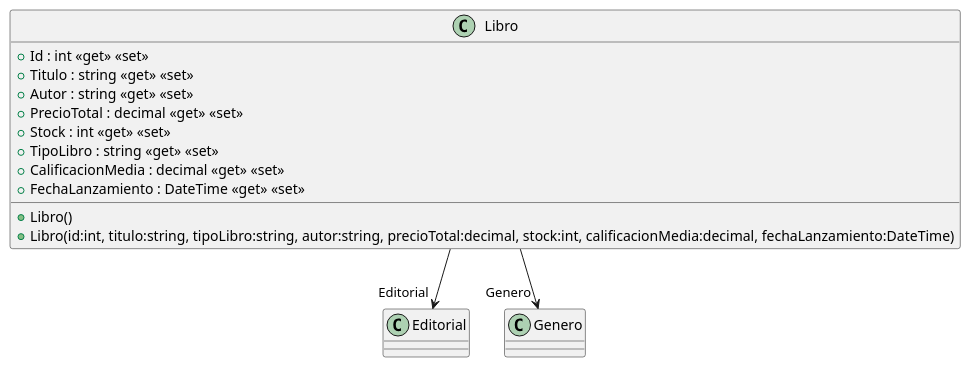
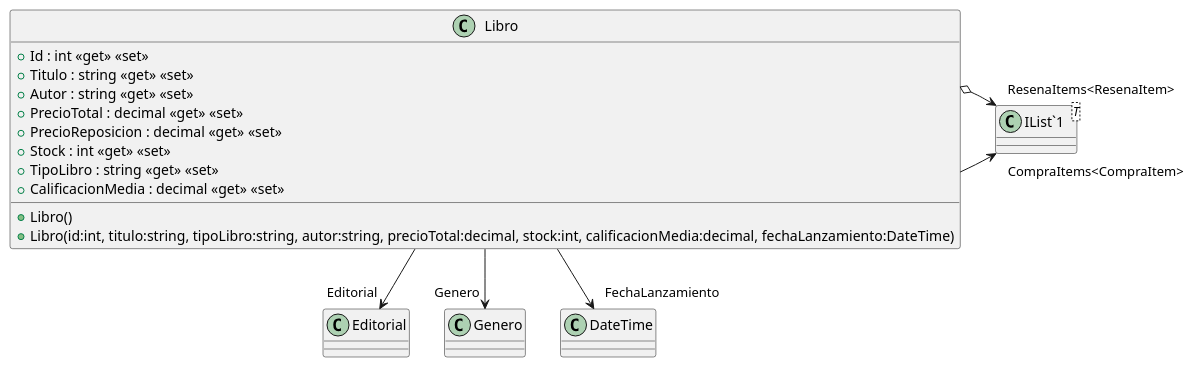
The diagram in src/AppForSEII.API/ClassDiagram/Libro.puml (ISII2627LosElnes/ISII2627LosElnes), drawn with PlantUML before and after one commit. The commit also changed 8 other files, not shown here.

Commit message:
He añadido una línea a libro y otra a Resena para la asociacion de ambas con Resenaitem

```diff
--- a/src/AppForSEII.API/ClassDiagram/Libro.puml
+++ b/src/AppForSEII.API/ClassDiagram/Libro.puml
@@ -1,18 +1,21 @@
 @startuml
-
 class Libro {
     + Libro()
     + Libro(id:int, titulo:string, tipoLibro:string, autor:string, precioTotal:decimal, stock:int, calificacionMedia:decimal, fechaLanzamiento:DateTime)
     + Id : int <<get>> <<set>>
     + Titulo : string <<get>> <<set>>
     + Autor : string <<get>> <<set>>
     + PrecioTotal : decimal <<get>> <<set>>
+    + PrecioReposicion : decimal <<get>> <<set>>
     + Stock : int <<get>> <<set>>
     + TipoLibro : string <<get>> <<set>>
     + CalificacionMedia : decimal <<get>> <<set>>
-    + FechaLanzamiento : DateTime <<get>> <<set>>
+}
+class "IList`1"<T> {
 }
 Libro --> "Editorial" Editorial
 Libro --> "Genero" Genero
-
+Libro --> "CompraItems<CompraItem>" "IList`1"
+Libro --> "FechaLanzamiento" DateTime
+Libro o-> "ResenaItems<ResenaItem>" "IList`1"
 @enduml
```
